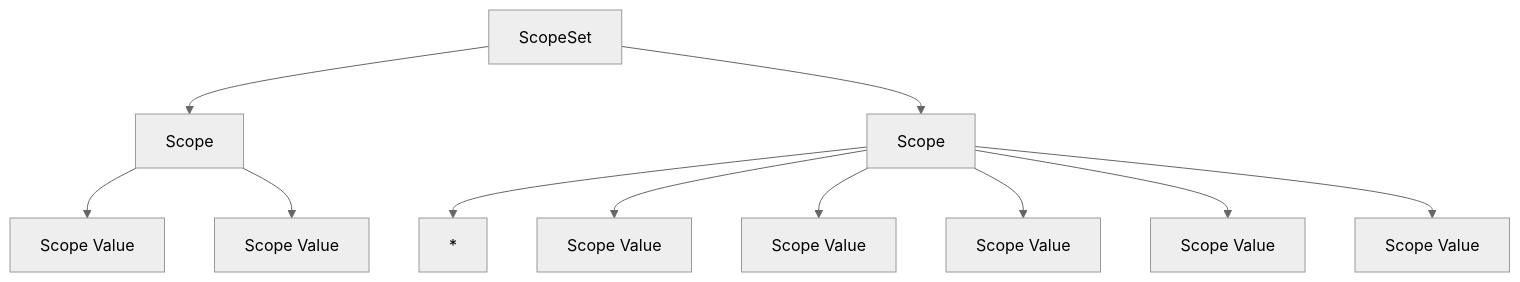
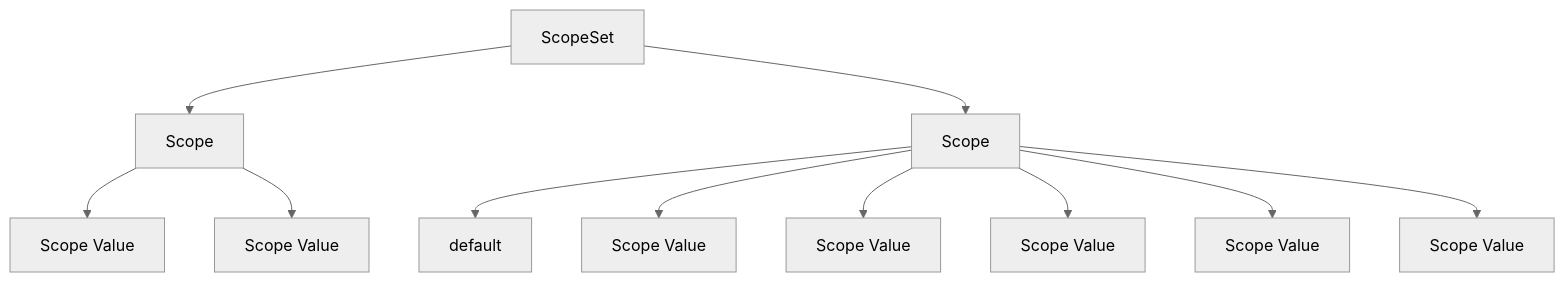
The second of 3 diagrams in README.md (programmablemike/toggle), drawn with Mermaid (neutral theme) before and after one commit. The commit also changed other lines of this file, not shown here.

````diff
--- a/README.md
+++ b/README.md
@@ -111,6 +111,6 @@
 ```mermaid
 graph TD
     ScopeSet --> Scope1[Scope] & Scope2[Scope]
     Scope1 --> ScopeValue1[Scope Value] & ScopeValue2[Scope Value]
-    Scope2 --> * & ScopeValue3[Scope Value] & ScopeValue4[Scope Value] & ScopeValue5[Scope Value] & ScopeValue6[Scope Value] & ScopeValue7[Scope Value]
+    Scope2 --> *[default] & ScopeValue3[Scope Value] & ScopeValue4[Scope Value] & ScopeValue5[Scope Value] & ScopeValue6[Scope Value] & ScopeValue7[Scope Value]
 ```
````
